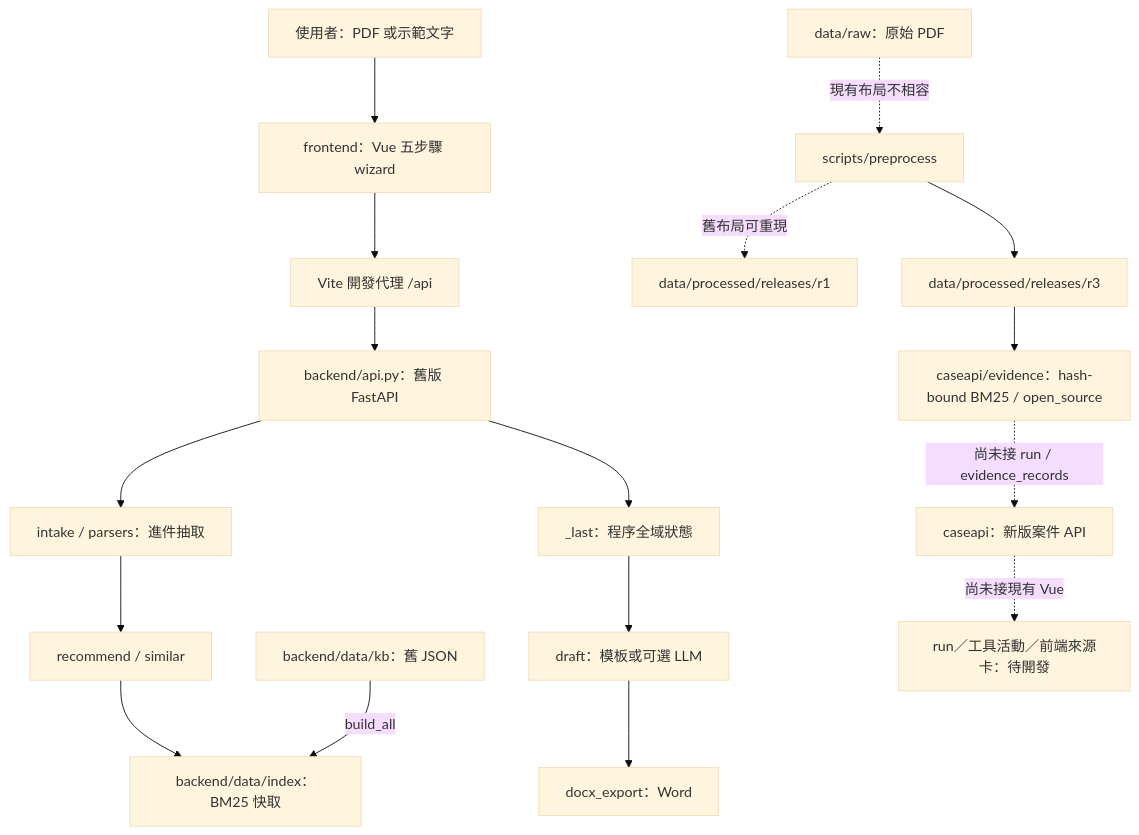
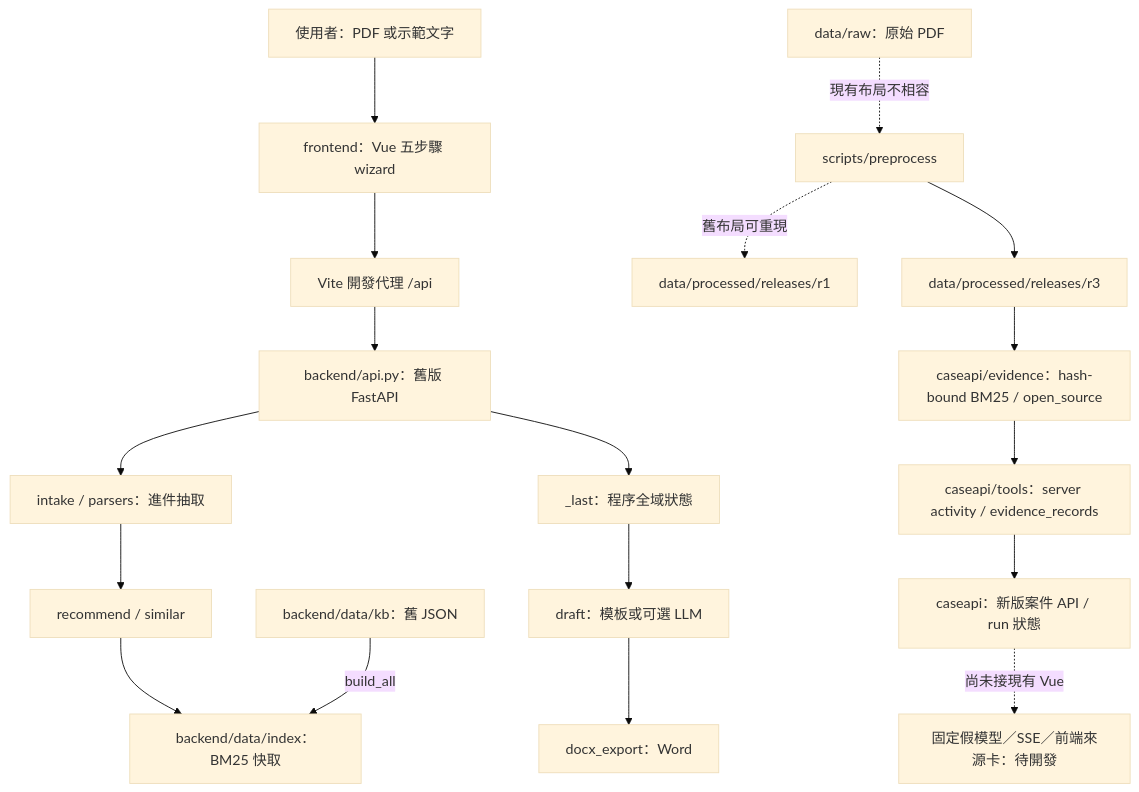
One commit to acheeeee/AI_hackathon_20260912 changed the diagram in sysdoc/README.md. Above: the diagram before and after it, drawn with Mermaid (base theme). The commit also changed other lines of this file and 16 other files, not shown here.

First line of the commit message:
feat: add verified evidence tools

````diff
--- a/sysdoc/README.md
+++ b/sysdoc/README.md
@@ -25,19 +25,20 @@
 ```mermaid
 flowchart TD
   U[使用者：PDF 或示範文字] --> V[frontend：Vue 五步驟 wizard]
   V --> P[Vite 開發代理 /api]
   P --> API[backend/api.py：舊版 FastAPI]
   API --> I[intake / parsers：進件抽取]
   I --> R[recommend / similar]
   R --> IDX[backend/data/index：BM25 快取]
   KB[backend/data/kb：舊 JSON] -->|build_all| IDX
   API --> LAST[_last：程序全域狀態]
   LAST --> D[draft：模板或可選 LLM]
   D --> WORD[docx_export：Word]
   RAW[data/raw：原始 PDF] -. 現有布局不相容 .-> PRE[scripts/preprocess]
   PRE -. 舊布局可重現 .-> R1[data/processed/releases/r1]
   PRE --> R3[data/processed/releases/r3]
   R3 --> ER[caseapi/evidence：hash-bound BM25 / open_source]
-  ER -. 尚未接 run / evidence_records .-> NEWAPI[caseapi：新版案件 API]
-  NEWAPI -. 尚未接現有 Vue .-> FUTURE[run／工具活動／前端來源卡：待開發]
+  ER --> TOOL[caseapi/tools：server activity / evidence_records]
+  TOOL --> NEWAPI[caseapi：新版案件 API / run 狀態]
+  NEWAPI -. 尚未接現有 Vue .-> FUTURE[固定假模型／SSE／前端來源卡：待開發]
 ```
````
